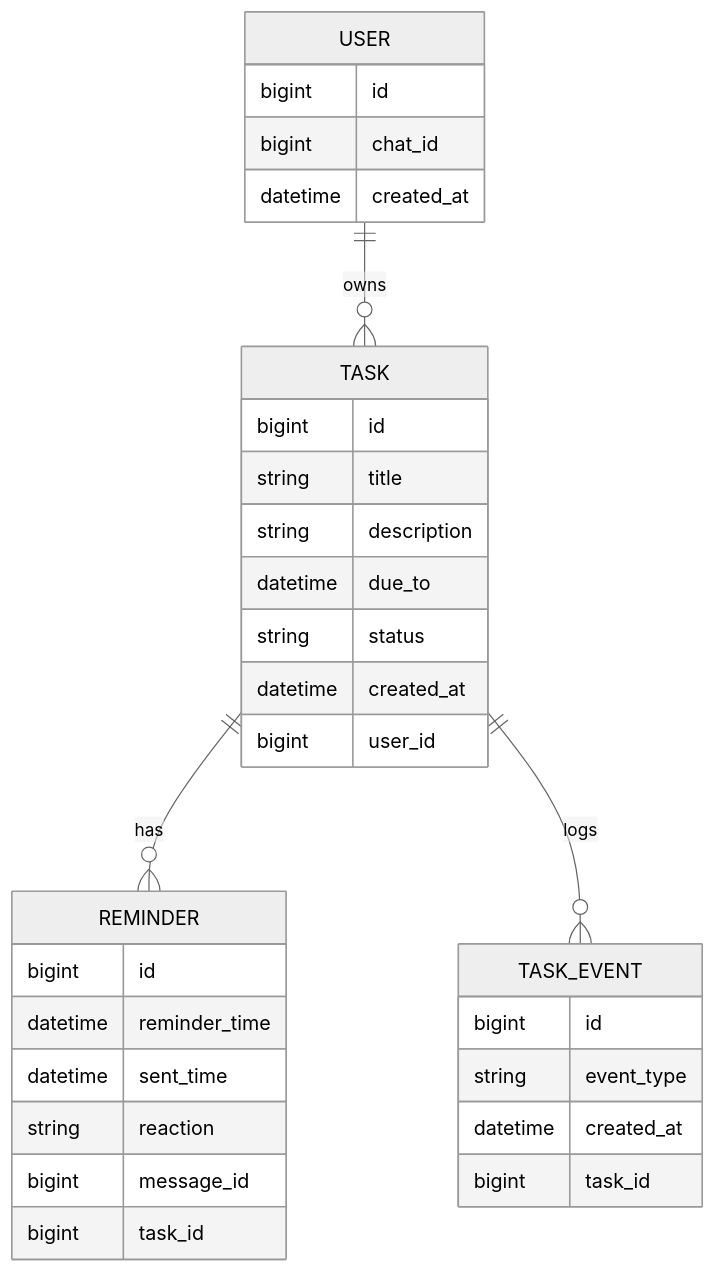
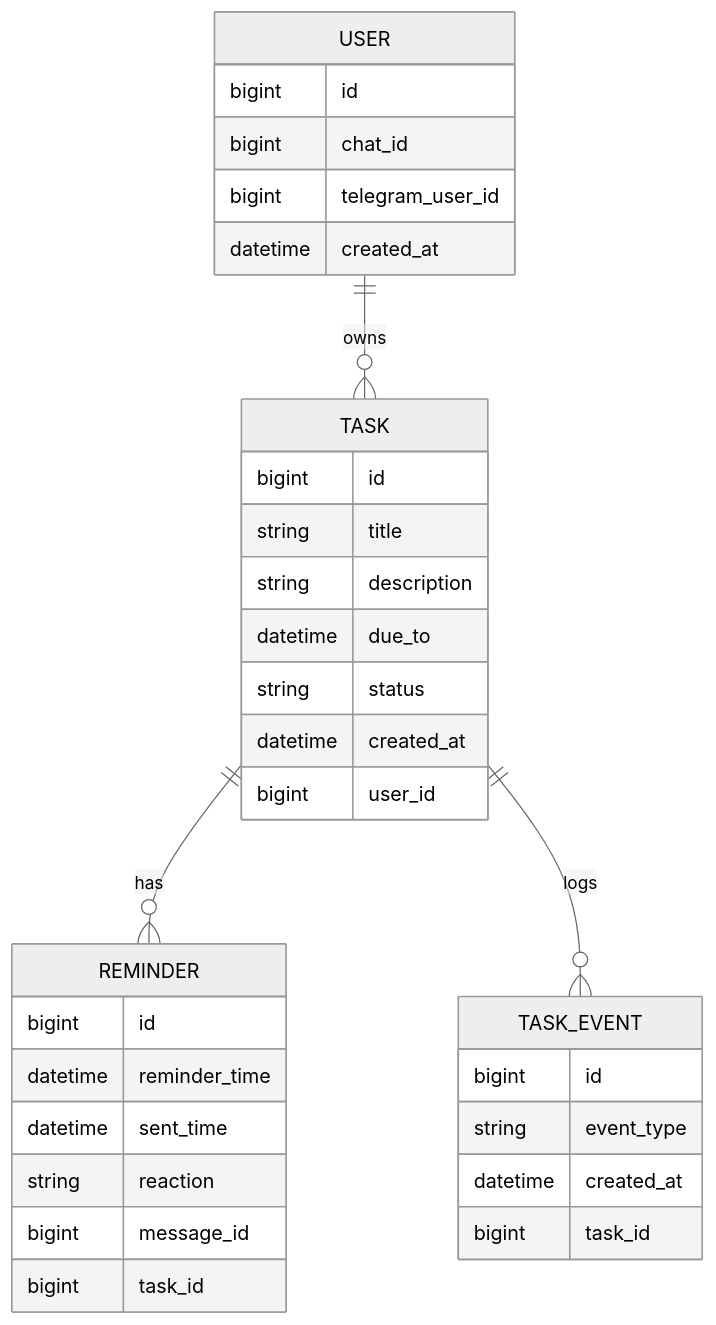
One commit to LDPet/Suetolog changed the second of 3 diagrams in tz/ARCHITECTURE.md. Above: the diagram before and after it, drawn with Mermaid (neutral theme). The commit also changed other lines of this file and 63 other files, not shown here.

````diff
--- a/tz/ARCHITECTURE.md
+++ b/tz/ARCHITECTURE.md
@@ -117,38 +117,39 @@
 ```mermaid
 erDiagram
     USER ||--o{ TASK : owns
     TASK ||--o{ REMINDER : has
     TASK ||--o{ TASK_EVENT : logs
 
     USER {
         bigint id
         bigint chat_id
+        bigint telegram_user_id
         datetime created_at
     }
 
     TASK {
         bigint id
         string title
         string description
         datetime due_to
         string status
         datetime created_at
         bigint user_id
     }
 
     REMINDER {
         bigint id
         datetime reminder_time
         datetime sent_time
         string reaction
         bigint message_id
         bigint task_id
     }
 
     TASK_EVENT {
         bigint id
         string event_type
         datetime created_at
         bigint task_id
     }
 ```
````
